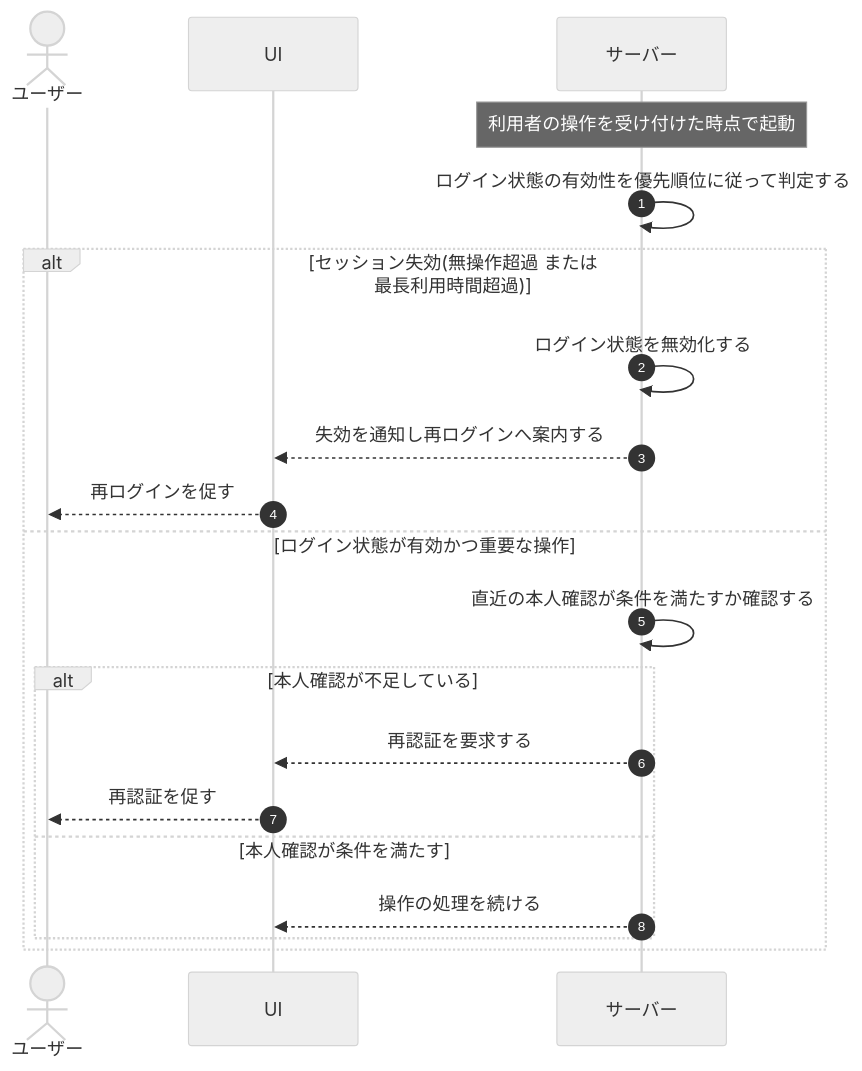
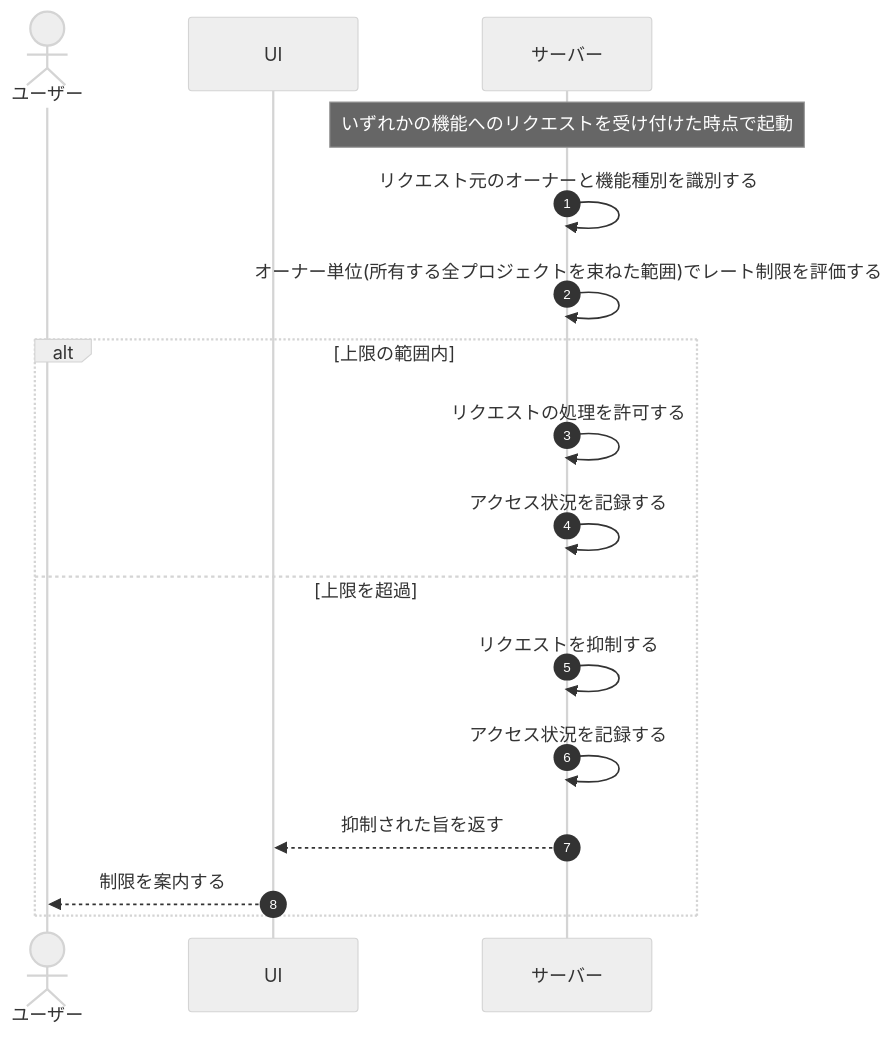
The diagram in 01_requirements/04_business_usecases/UC-071.md (sikakou54/open-faq), drawn with Mermaid (neutral theme) before and after one commit. The commit also changed other lines of this file and 395 other files, not shown here.

````diff
--- a/01_requirements/04_business_usecases/UC-071.md
+++ b/01_requirements/04_business_usecases/UC-071.md
@@ -27,22 +26,19 @@
 ```mermaid
 sequenceDiagram
   autonumber
   actor U as ユーザー
   participant UI as UI
   participant S as サーバー
-  Note over S: 利用者の操作を受け付けた時点で起動
-  S->>S: ログイン状態の有効性を優先順位に従って判定する
-  alt セッション失効(無操作超過 または 最長利用時間超過)
-    S->>S: ログイン状態を無効化する
-    S-->>UI: 失効を通知し再ログインへ案内する
-    UI-->>U: 再ログインを促す
-  else ログイン状態が有効かつ重要な操作
-    S->>S: 直近の本人確認が条件を満たすか確認する
-    alt 本人確認が不足している
-      S-->>UI: 再認証を要求する
-      UI-->>U: 再認証を促す
-    else 本人確認が条件を満たす
-      S-->>UI: 操作の処理を続ける
-    end
+  Note over S: いずれかの機能へのリクエストを受け付けた時点で起動
+  S->>S: リクエスト元のオーナーと機能種別を識別する
+  S->>S: オーナー単位(所有する全プロジェクトを束ねた範囲)でレート制限を評価する
+  alt 上限の範囲内
+    S->>S: リクエストの処理を許可する
+    S->>S: アクセス状況を記録する
+  else 上限を超過
+    S->>S: リクエストを抑制する
+    S->>S: アクセス状況を記録する
+    S-->>UI: 抑制された旨を返す
+    UI-->>U: 制限を案内する
   end
 ```
````
